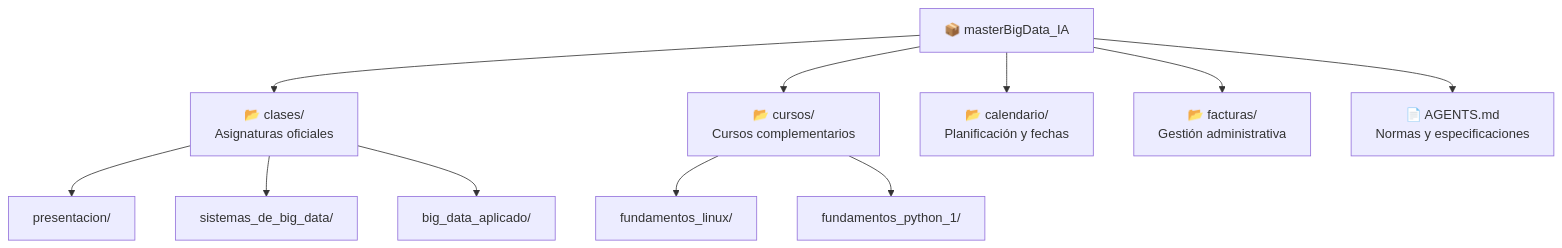
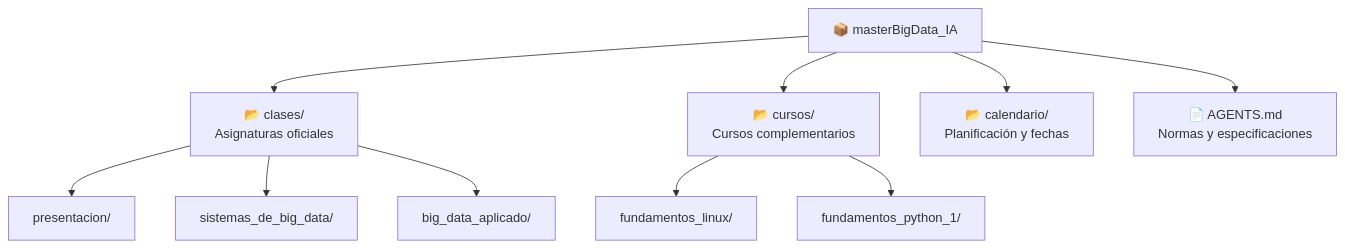
Before and after one commit to laralbir/bigdata-ia: the diagram in README.md, drawn with Mermaid. The commit also changed other lines of this file and 1 other file, not shown here.

Commit message:
docs: eliminar referencias restantes a facturas en README y AGENTS

````diff
--- a/README.md
+++ b/README.md
@@ -11,15 +11,14 @@
 ```mermaid
 flowchart TD
     Repo["📦 masterBigData_IA"] --> Clases["📂 clases/<br>Asignaturas oficiales"]
     Repo --> Cursos["📂 cursos/<br>Cursos complementarios"]
     Repo --> Calendario["📂 calendario/<br>Planificación y fechas"]
-    Repo --> Facturas["📂 facturas/<br>Gestión administrativa"]
     Repo --> Specs["📄 AGENTS.md<br>Normas y especificaciones"]
 
     Clases --> Presentacion["presentacion/"]
     Clases --> SistemasBD["sistemas_de_big_data/"]
     Clases --> BigDataApp["big_data_aplicado/"]
 
     Cursos --> Linux["fundamentos_linux/"]
     Cursos --> Python["fundamentos_python_1/"]
 ```
````
